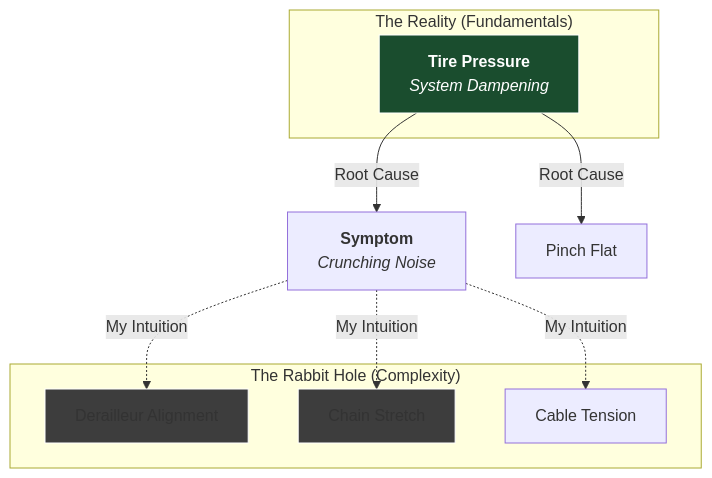
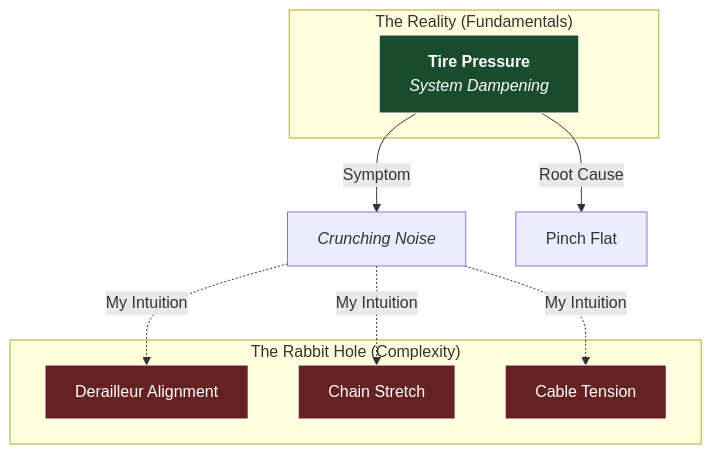
Before and after one commit to Shelbournator/thoughts: the second of 2 diagrams in _posts/2026-02-11-failure-under-load.md, drawn with Mermaid.

````diff
--- a/_posts/2026-02-11-failure-under-load.md
+++ b/_posts/2026-02-11-failure-under-load.md
@@ -174,25 +174,29 @@
 ```mermaid
 graph TD
-    A[<b>Symptom</b><br><i>Crunching Noise</i>]
+    A[<i>Crunching Noise</i>]
     
     subgraph "The Rabbit Hole (Complexity)"
     B[Derailleur Alignment]
     C[Chain Stretch]
     D[Cable Tension]
     end
     
     subgraph "The Reality (Fundamentals)"
     E[<b>Tire Pressure</b><br><i>System Dampening</i>]
     end
 
     A -.->|My Intuition| B
     A -.->|My Intuition| C
     A -.->|My Intuition| D
     
-    E -->|Root Cause| A
+    E -->|Symptom| A
     E -->|Root Cause| F[Pinch Flat]
 
+    %% Green for the Correct Reality
     style E fill:#1a4d2e,stroke:#fff,color:#fff
-    style B fill:#3d3d3d,stroke:#fff
-    style C fill:#3d3d3d,stroke:#fff
+    
+    %% Red for the Incorrect Intuition
+    style B fill:#662222,stroke:#fff,color:#fff
+    style C fill:#662222,stroke:#fff,color:#fff
+    style D fill:#662222,stroke:#fff,color:#fff
 ```
````
